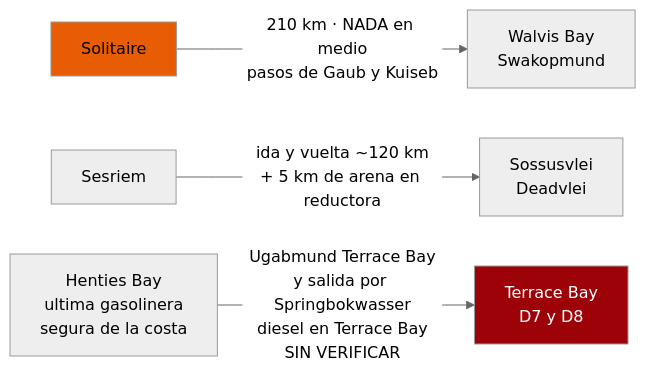
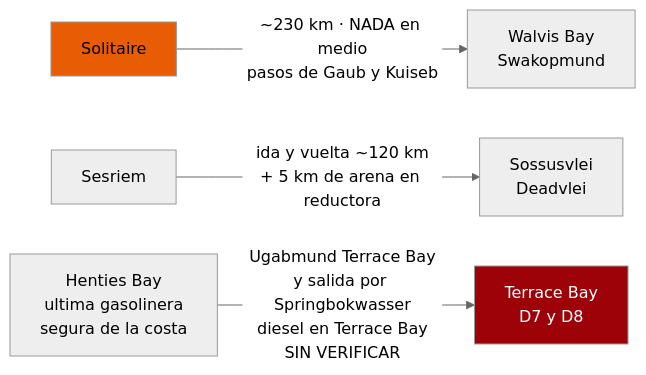
One commit to morandeirachema/namibia changed the first of 2 diagrams in 07-logistica.md. Above: the diagram before and after it, drawn with Mermaid (neutral theme). The commit also changed other lines of this file and 25 other files, not shown here.

````diff
--- a/07-logistica.md
+++ b/07-logistica.md
@@ -117,8 +117,8 @@
 ```mermaid
 flowchart LR
-    S["Solitaire"] -->|"210 km · NADA en medio<br/>pasos de Gaub y Kuiseb"| W["Walvis Bay<br/>Swakopmund"]
+    S["Solitaire"] -->|"~230 km · NADA en medio<br/>pasos de Gaub y Kuiseb"| W["Walvis Bay<br/>Swakopmund"]
     SE["Sesriem"] -->|"ida y vuelta ~120 km<br/>+ 5 km de arena en reductora"| D["Sossusvlei<br/>Deadvlei"]
     H["Henties Bay<br/>ultima gasolinera<br/>segura de la costa"] -->|"Ugabmund Terrace Bay<br/>y salida por Springbokwasser<br/>diesel en Terrace Bay<br/>SIN VERIFICAR"| T["Terrace Bay<br/>D7 y D8"]
     style S fill:#e85d04,color:#000
     style T fill:#9d0208,color:#fff
 ```
````
